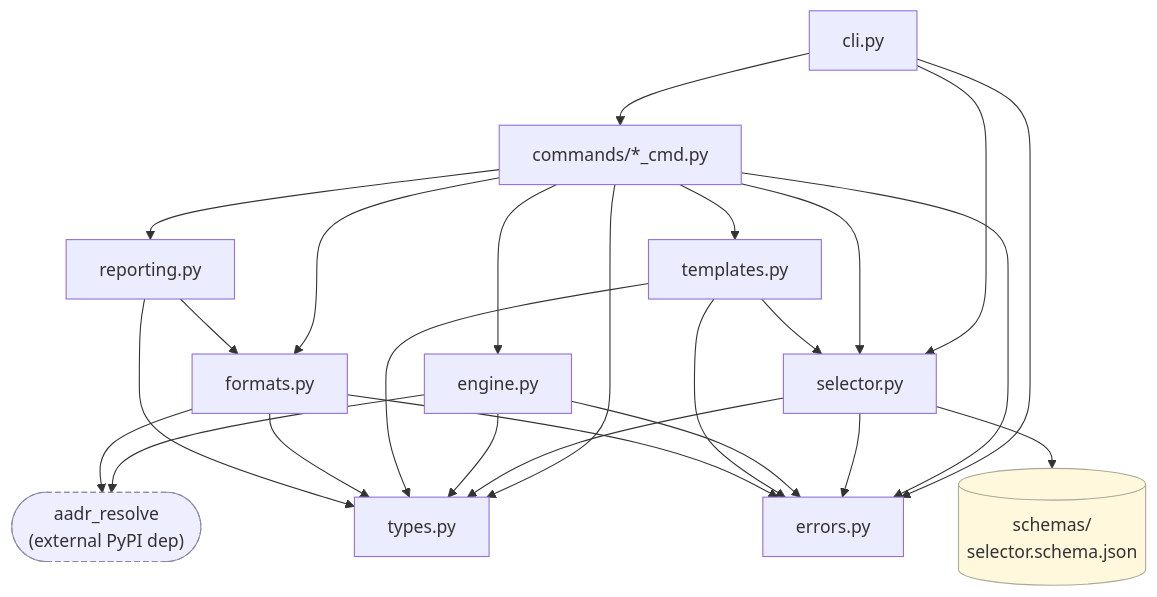
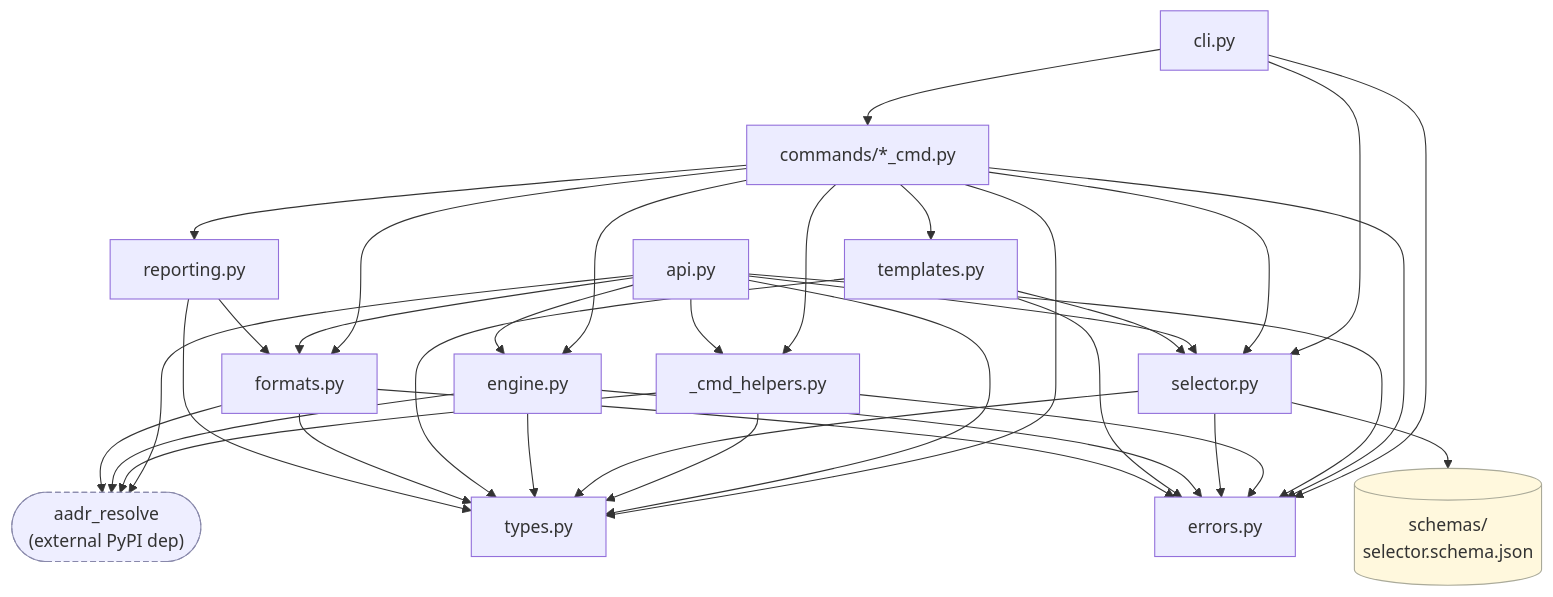
Before and after one commit to carstenerickson/aadr-subset: the second of 3 diagrams in DEVELOPMENT.md, drawn with Mermaid. The commit also changed other lines of this file and 2 other files, not shown here.

````diff
--- a/DEVELOPMENT.md
+++ b/DEVELOPMENT.md
@@ -93,50 +99,65 @@
 ```mermaid
 graph TD
   cli[cli.py]
   commands["commands/*_cmd.py"]
+  api[api.py]
+  _cmd_helpers[_cmd_helpers.py]
   formats[formats.py]
   reporting[reporting.py]
   templates[templates.py]
   selector[selector.py]
   engine[engine.py]
   types[types.py]
   errors[errors.py]
   schema[("schemas/<br/>selector.schema.json")]
   aadr_resolve(["aadr_resolve<br/>(external PyPI dep)"])
 
   cli --> commands
   cli --> selector
   cli --> errors
 
   commands --> selector
   commands --> engine
   commands --> formats
   commands --> reporting
   commands --> templates
   commands --> types
   commands --> errors
+  commands --> _cmd_helpers
+
+  api --> _cmd_helpers
+  api --> engine
+  api --> selector
+  api --> formats
+  api --> types
+  api --> errors
+  api --> aadr_resolve
+
+  _cmd_helpers --> types
+  _cmd_helpers --> errors
+  _cmd_helpers --> aadr_resolve
 
   selector --> types
   selector --> errors
   selector --> schema
 
   engine --> types
   engine --> errors
   engine --> aadr_resolve
 
   templates --> selector
   templates --> types
   templates --> errors
 
   formats --> types
   formats --> errors
   formats --> aadr_resolve
 
   reporting --> formats
   reporting --> types
 
   classDef external fill:#eef,stroke:#88a,stroke-dasharray:5 3
   class aadr_resolve external
   classDef data fill:#fff8dd,stroke:#aa9
   class schema data
 ```
````
